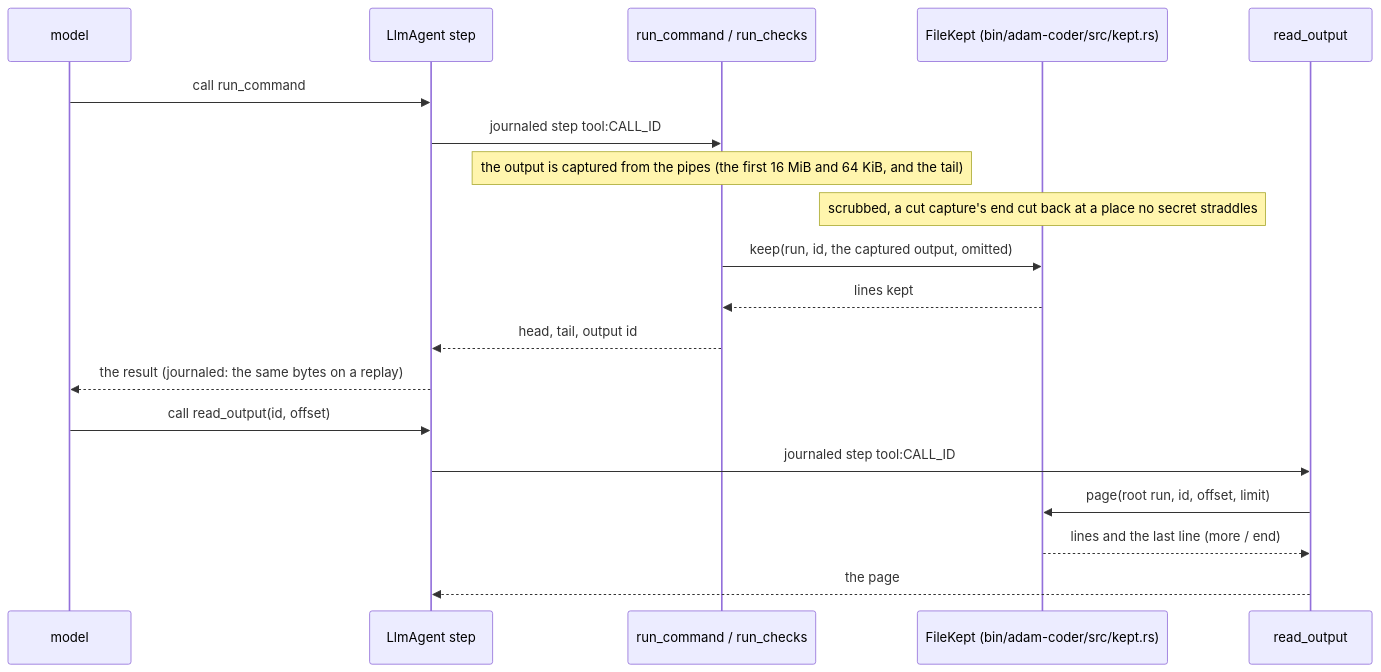
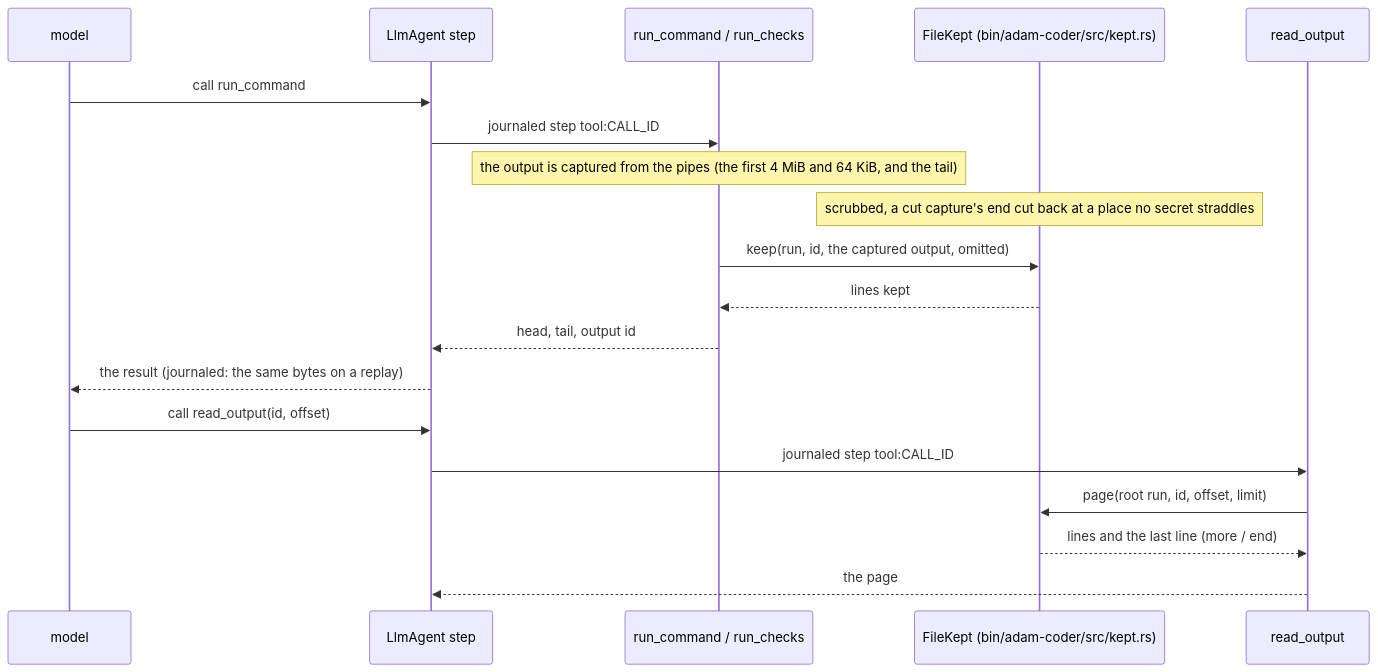
Before and after one commit to vymalo/another-adam-rs: diagram 22 of 26 in docs/architecture.md, drawn with Mermaid. The commit also changed other lines of this file and 72 other files, not shown here.

````diff
--- a/docs/architecture.md
+++ b/docs/architecture.md
@@ -1202,21 +1202,21 @@
 ```mermaid
 sequenceDiagram
     participant M as model
     participant L as LlmAgent step
     participant T as run_command / run_checks
     participant K as FileKept (bin/adam-coder/src/kept.rs)
     participant R as read_output
     M->>L: call run_command
     L->>T: journaled step tool:CALL_ID
-    Note over T: the output is captured from the pipes (the first 16 MiB and 64 KiB, and the tail)
+    Note over T: the output is captured from the pipes (the first 4 MiB and 64 KiB, and the tail)
     Note over K: scrubbed, a cut capture's end cut back at a place no secret straddles
     T->>K: keep(run, id, the captured output, omitted)
     K-->>T: lines kept
     T-->>L: head, tail, output id
     L-->>M: the result (journaled: the same bytes on a replay)
     M->>L: call read_output(id, offset)
     L->>R: journaled step tool:CALL_ID
     R->>K: page(root run, id, offset, limit)
     K-->>R: lines and the last line (more / end)
     R-->>L: the page
 ```
````
